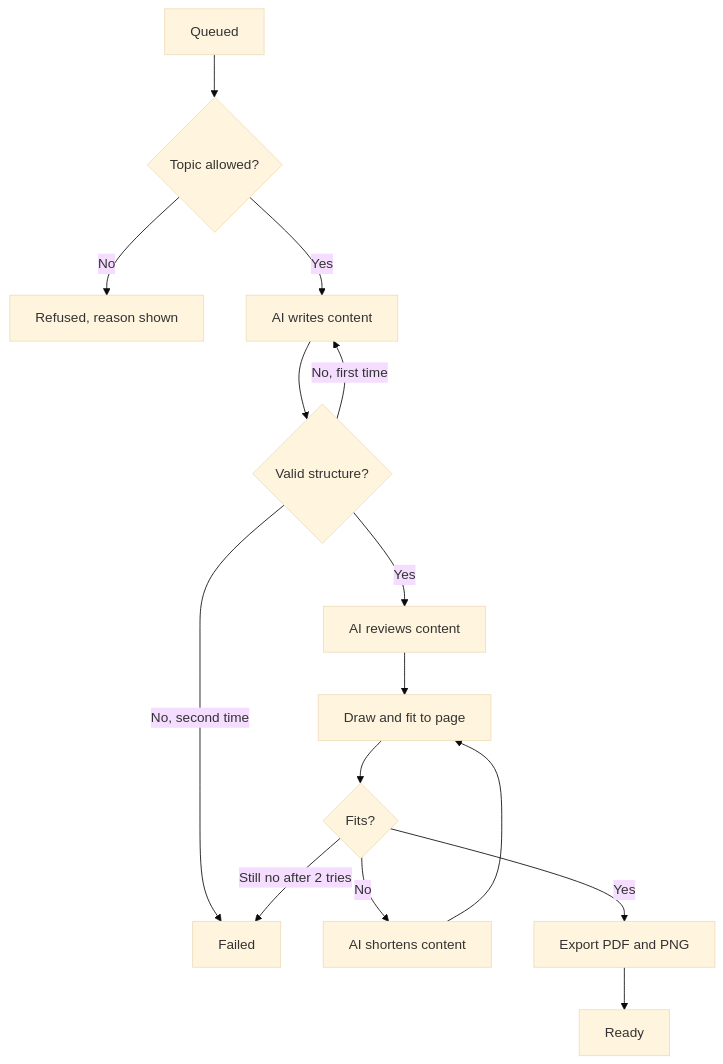
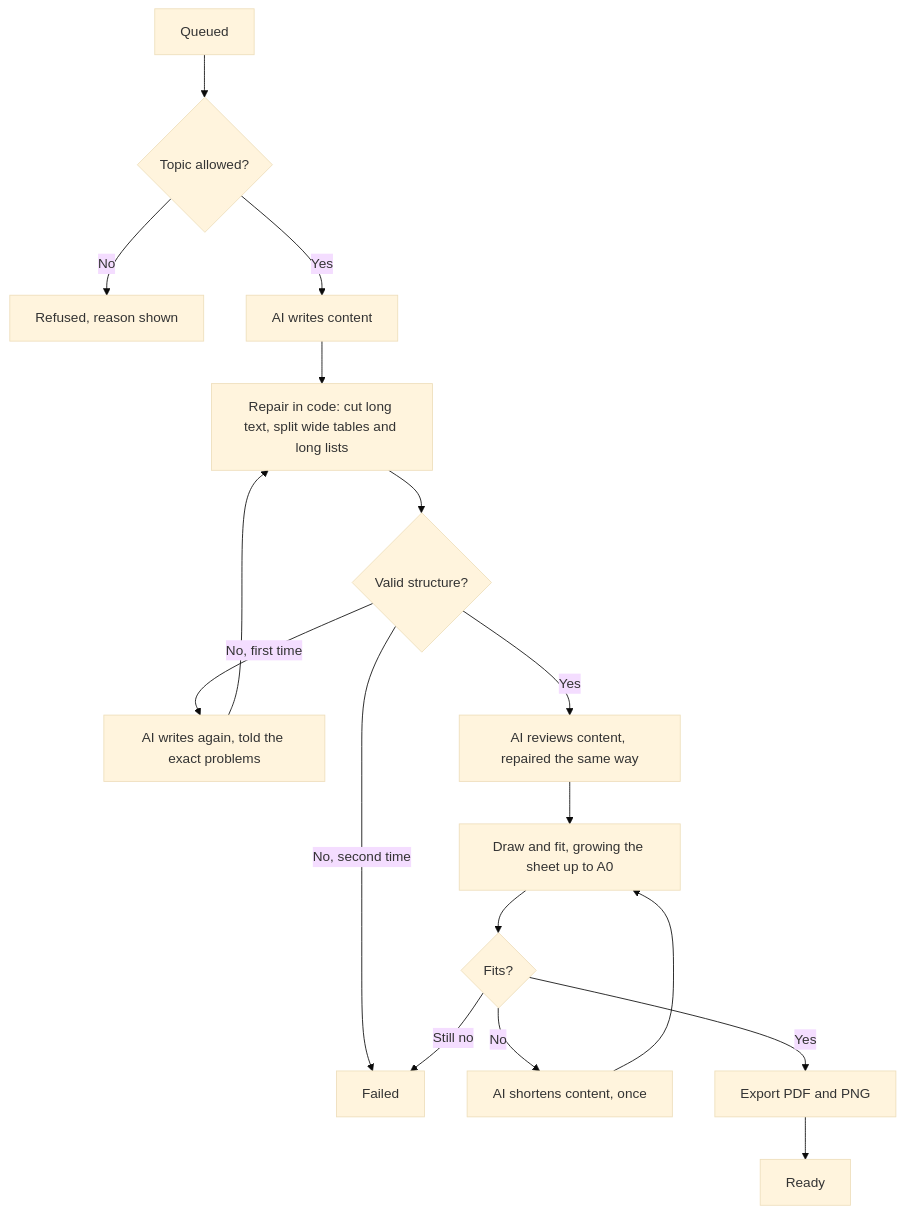
Before and after one commit to abozaralizadeh/CheatWall: the second of 5 diagrams in docs/LOGICAL-FLOW.md, drawn with Mermaid (base theme). The commit also changed other lines of this file and 33 other files, not shown here.

````diff
--- a/docs/LOGICAL-FLOW.md
+++ b/docs/LOGICAL-FLOW.md
@@ -43,17 +43,19 @@
 ```mermaid
 flowchart TD
     A[Queued] --> B{Topic allowed?}
     B -- No --> R[Refused, reason shown]
     B -- Yes --> C[AI writes content]
-    C --> D{Valid structure?}
-    D -- No, first time --> C
+    C --> P[Repair in code: cut long text, split wide tables and long lists]
+    P --> D{Valid structure?}
+    D -- No, first time --> C2[AI writes again, told the exact problems]
+    C2 --> P
     D -- No, second time --> F[Failed]
-    D -- Yes --> E[AI reviews content]
-    E --> G[Draw and fit to page]
+    D -- Yes --> E[AI reviews content, repaired the same way]
+    E --> G[Draw and fit, growing the sheet up to A0]
     G --> H{Fits?}
-    H -- No --> I[AI shortens content]
+    H -- No --> I[AI shortens content, once]
     I --> G
     H -- Yes --> J[Export PDF and PNG]
     J --> K[Ready]
-    H -- Still no after 2 tries --> F
+    H -- Still no --> F
 ```
````
